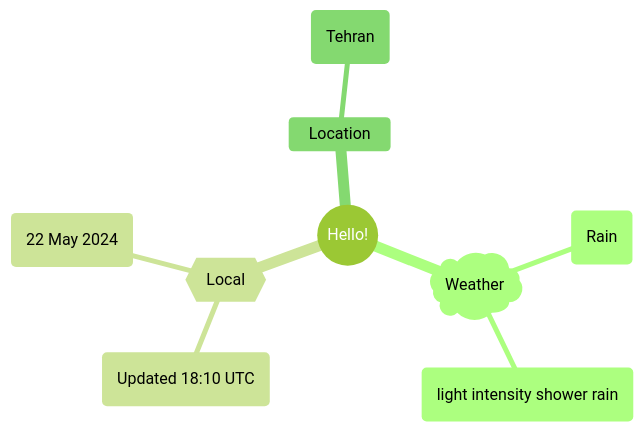
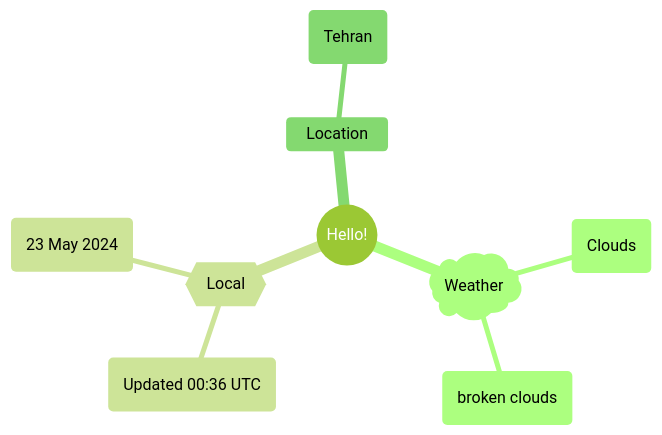
The first of 2 diagrams in README.md (Xosrov/Xosrov), drawn with Mermaid (forest theme) before and after one commit.

Commit message:
[bot] updated images

````diff
--- a/README.md
+++ b/README.md
@@ -3,12 +3,12 @@
 ```mermaid
 mindmap
   root((Hello!))
     )Weather(
-        (Rain)
-        (light intensity shower rain)
+        (Clouds)
+        (broken clouds)
     {{Local}}
-        (Updated 18:10 UTC)
-        (22 May 2024)
+        (Updated 00:36 UTC)
+        (23 May 2024)
     Location
         (Tehran)
 ```
````
